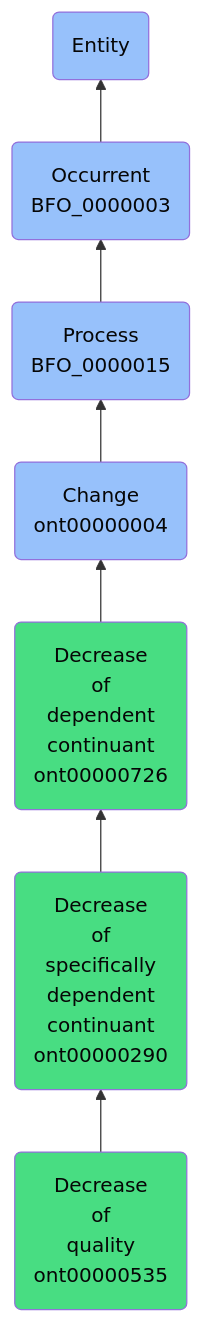
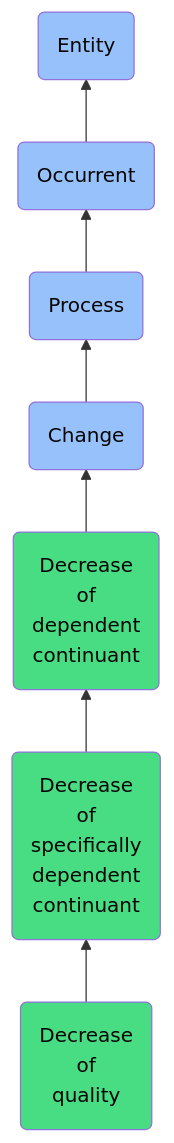
Before and after one commit to jupyter-naas/abi: the diagram in docs/ontology/reference/model/Entity/Occurrent/Process/Change/Decrease of dependent continuant/Decrease of specifically dependent continuant/Decrease of quality/Decrease of quality.md, drawn with Mermaid. The commit also changed other lines of this file and 1430 other files, not shown here.

````diff
--- a/docs/ontology/reference/model/Entity/Occurrent/Process/Change/Decrease of dependent continuant/Decrease of specifically dependent continuant/Decrease of quality/Decrease of quality.md
+++ b/docs/ontology/reference/model/Entity/Occurrent/Process/Change/Decrease of dependent continuant/Decrease of specifically dependent continuant/Decrease of quality/Decrease of quality.md
@@ -24,14 +24,14 @@
 ```mermaid
 graph BT
-    ont00000535(Decrease<br>of<br>quality<br>ont00000535):::ABI-->ont00000290
-    ont00000290(Decrease<br>of<br>specifically<br>dependent<br>continuant<br>ont00000290):::ABI-->ont00000726
-    ont00000726(Decrease<br>of<br>dependent<br>continuant<br>ont00000726):::ABI-->ont00000004
-    ont00000004(Change<br>ont00000004):::BFO-->BFO_0000015
-    BFO_0000015(Process<br>BFO_0000015):::BFO-->BFO_0000003
-    BFO_0000003(Occurrent<br>BFO_0000003):::BFO-->BFO_0000001
+    ont00000535(Decrease<br>of<br>quality):::ABI-->ont00000290
+    ont00000290(Decrease<br>of<br>specifically<br>dependent<br>continuant):::ABI-->ont00000726
+    ont00000726(Decrease<br>of<br>dependent<br>continuant):::ABI-->ont00000004
+    ont00000004(Change):::BFO-->BFO_0000015
+    BFO_0000015(Process):::BFO-->BFO_0000003
+    BFO_0000003(Occurrent):::BFO-->BFO_0000001
     BFO_0000001(Entity):::BFO
     
     classDef BFO fill:#97c1fb,color:#060606
     classDef CCO fill:#e4c51e,color:#060606
     classDef ABI fill:#48DD82,color:#060606
 ```
````
